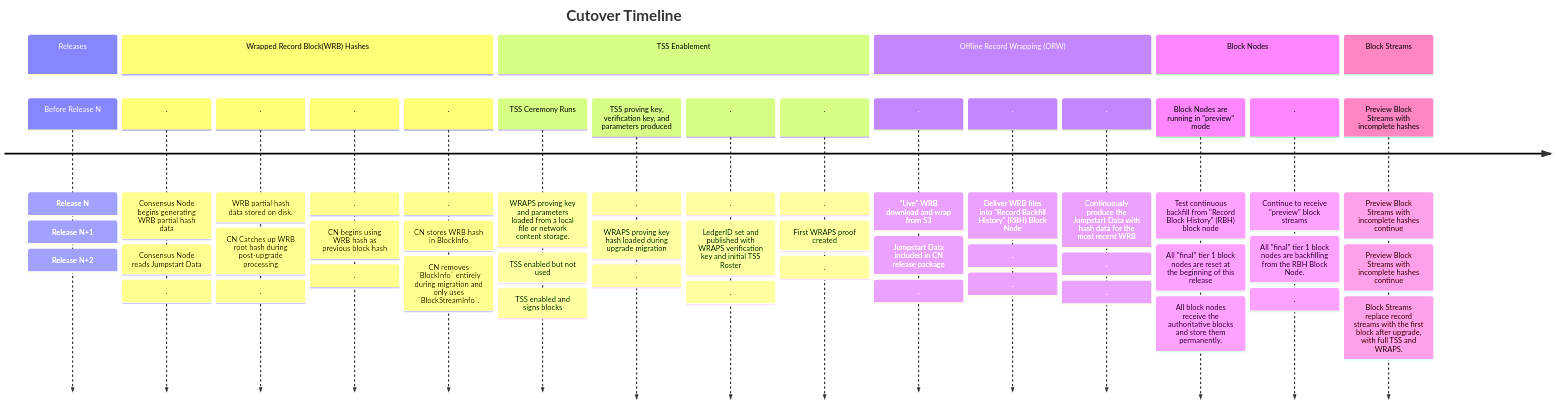
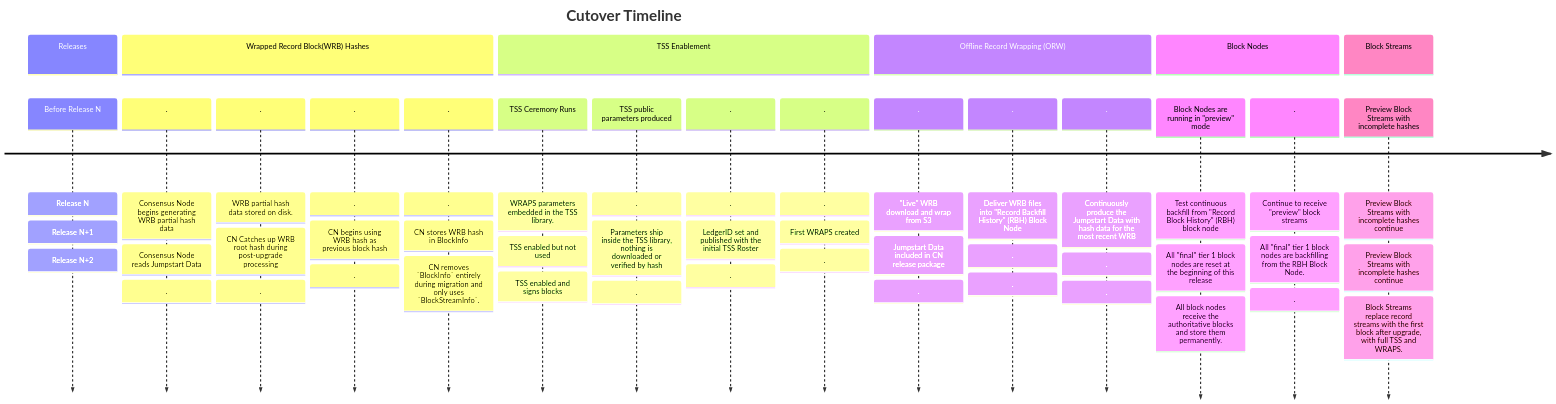
The diagram in block-node/block-node/Cutover-Process.md (hiero-ledger/hiero-docs), drawn with Mermaid before and after one commit. The commit also changed other lines of this file and 33 other files, not shown here.

````diff
--- a/block-node/block-node/Cutover-Process.md
+++ b/block-node/block-node/Cutover-Process.md
@@ -26,70 +26,70 @@
 ```mermaid
 timeline
     title Cutover Timeline
     section Releases
         Before Release N
                   : Release N
                   : Release N+1
                   : Release N+2
     section Wrapped Record Block(WRB) Hashes
         .
                  : Consensus Node begins generating WRB partial hash data
                  : Consensus Node reads Jumpstart Data
                  : .
         .
                  : WRB partial hash data stored on disk.
                  : CN Catches up WRB root hash during post-upgrade processing
                  : .
         .
                  : .
                  : CN begins using WRB hash as previous block hash
                  : .
         .
                  : .
                  : CN stores WRB hash in BlockInfo
                  : CN removes `BlockInfo` entirely during migration and only uses `BlockStreamInfo`.
     section TSS Enablement
         TSS Ceremony Runs
-                 : WRAPS proving key and parameters loaded from a local file or network content storage.
+                 : WRAPS parameters embedded in the TSS library.
                  : TSS enabled but not used
                  : TSS enabled and signs blocks
-        TSS proving key, verification key, and parameters produced
+        TSS public parameters produced
                  : .
-                 : WRAPS proving key hash loaded during upgrade migration
+                 : Parameters ship inside the TSS library, nothing is downloaded or verified by hash
                  : .
         .
                  : .
-                 : LedgerID set and published with WRAPS verification key and initial TSS Roster
+                 : LedgerID set and published with the initial TSS Roster
                  : .
         .
                  : .
-                 : First WRAPS proof created
+                 : First WRAPS created
                  : .
     section Offline Record Wrapping (ORW)
         .
                  : "Live" WRB download and wrap from S3
                  : Jumpstart Data included in CN release package
                  : .
         .
                  : Deliver WRB files into "Record Backfill History" (RBH) Block Node
                  : .
                  : .
         .
                  : Continuously produce the Jumpstart Data with hash data for the most recent WRB
                  : .
                  : .
     section Block Nodes
         Block Nodes are running in "preview" mode
                  : Test continuous backfill from "Record Block History" (RBH) block node
                  : All "final" tier 1 block nodes are reset at the beginning of this release
                  : All block nodes receive the authoritative blocks and store them permanently.
         .
                  : Continue to receive "preview" block streams
                  : All "final" tier 1 block nodes are backfilling from the RBH Block Node.
                  : .
     section Block Streams
         Preview Block Streams with incomplete hashes
                  : Preview Block Streams with incomplete hashes continue
                  : Preview Block Streams with incomplete hashes continue
                  : Block Streams replace record streams with the first block after upgrade, with full TSS and WRAPS.
 ```
````
